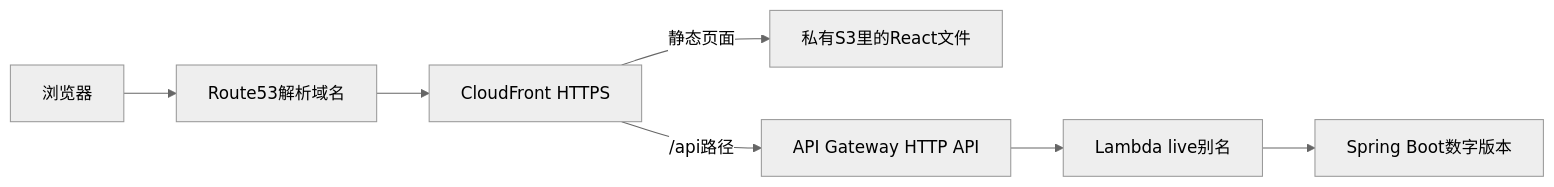
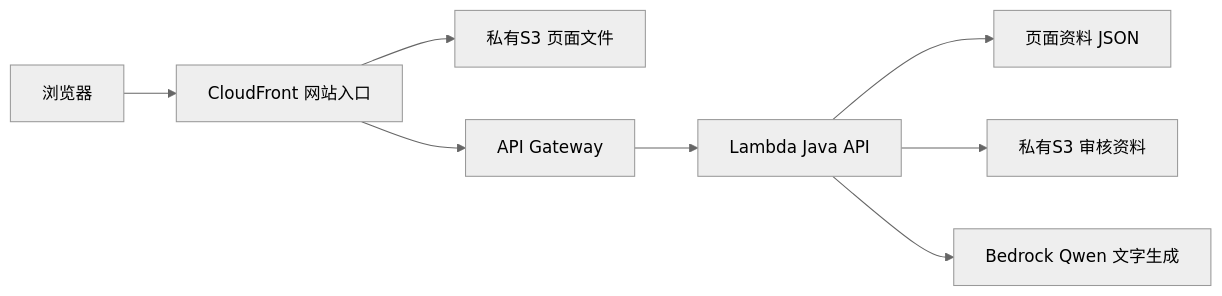
One commit to konglingtong44/kongPortfolio changed the first of 2 diagrams in AWS_LEARNING_GUIDE.md. Above: the diagram before and after it, drawn with Mermaid (neutral theme). The commit also changed other lines of this file and 14 other files, not shown here.

````diff
--- a/AWS_LEARNING_GUIDE.md
+++ b/AWS_LEARNING_GUIDE.md
@@ -13,9 +28,10 @@
 ```mermaid
 flowchart LR
-  U[浏览器] --> D[Route53解析域名]
-  D --> CF[CloudFront HTTPS]
-  CF -->|静态页面| S3[私有S3里的React文件]
-  CF -->|/api路径| A[API Gateway HTTP API]
-  A --> L[Lambda live别名]
-  L --> J[Spring Boot数字版本]
+  B[浏览器] --> C[CloudFront 网站入口]
+  C --> S[私有S3 页面文件]
+  C --> A[API Gateway]
+  A --> L[Lambda Java API]
+  L --> J[页面资料 JSON]
+  L --> F[私有S3 审核资料]
+  L --> Q[Bedrock Qwen 文字生成]
 ```
````
